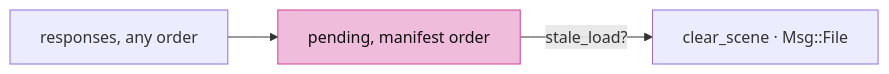
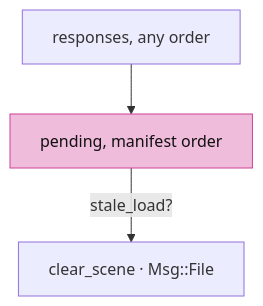
Before and after one commit to petrasvestartas/session: the seventh of 9 diagrams in session_viewer/docs/14-loading.md, drawn with Mermaid. The commit also changed other lines of this file and 34 other files, not shown here.

First line of the commit message:
Course: each lesson teaches its file's final form; diagrams fit the column

````diff
--- a/session_viewer/docs/14-loading.md
+++ b/session_viewer/docs/14-loading.md
@@ -129,5 +131,6 @@
 ```mermaid
-flowchart LR
-    F["responses, any order"] --> P["pending, manifest order"] -- "stale_load?" --> S["clear_scene · Msg::File"]
+flowchart TB
+    F["responses, any order"] --> P["pending, manifest order"]
+    P -- "stale_load?" --> S["clear_scene · Msg::File"]
     style P fill:#f0bcdb,stroke:#ce4095,color:#111
 ```
````
